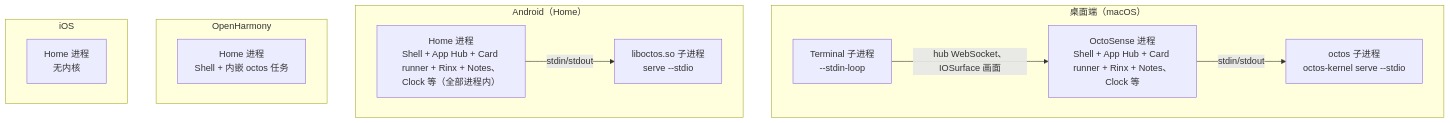
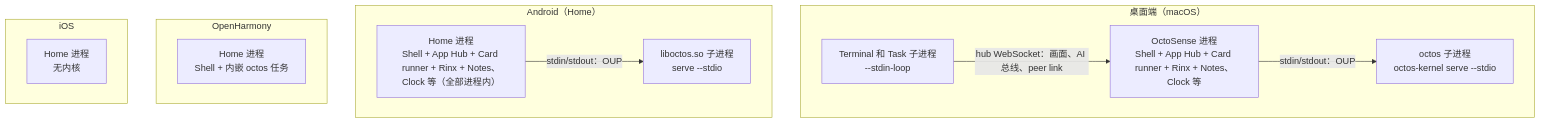
One commit to OctoSense-org/OctoSense changed the second of 5 diagrams in docs/architecture.zh-CN.md. Above: the diagram before and after it, drawn with Mermaid. The commit also changed other lines of this file and 12 other files, not shown here.

````diff
--- a/docs/architecture.zh-CN.md
+++ b/docs/architecture.zh-CN.md
@@ -149,21 +123,21 @@
 ```mermaid
 flowchart TB
   subgraph desktop["桌面端（macOS）"]
     ds["OctoSense 进程<br/>Shell + App Hub + Card runner + Rinx + Notes、Clock 等"]
     dk["octos 子进程<br/>octos-kernel serve --stdio"]
-    dt["Terminal 子进程<br/>--stdin-loop"]
-    ds -- "stdin/stdout" --> dk
-    dt -- "hub WebSocket、IOSurface 画面" --> ds
+    dt["Terminal 和 Task 子进程<br/>--stdin-loop"]
+    ds -- "stdin/stdout：OUP" --> dk
+    dt -- "hub WebSocket：画面、AI 总线、peer link" --> ds
   end
   subgraph android["Android（Home）"]
     as["Home 进程<br/>Shell + App Hub + Card runner + Rinx + Notes、Clock 等（全部进程内）"]
     ak["liboctos.so 子进程<br/>serve --stdio"]
-    as -- "stdin/stdout" --> ak
+    as -- "stdin/stdout：OUP" --> ak
   end
   subgraph ohos["OpenHarmony"]
     os["Home 进程<br/>Shell + 内嵌 octos 任务"]
   end
   subgraph ios["iOS"]
     is["Home 进程<br/>无内核"]
   end
 ```
````
